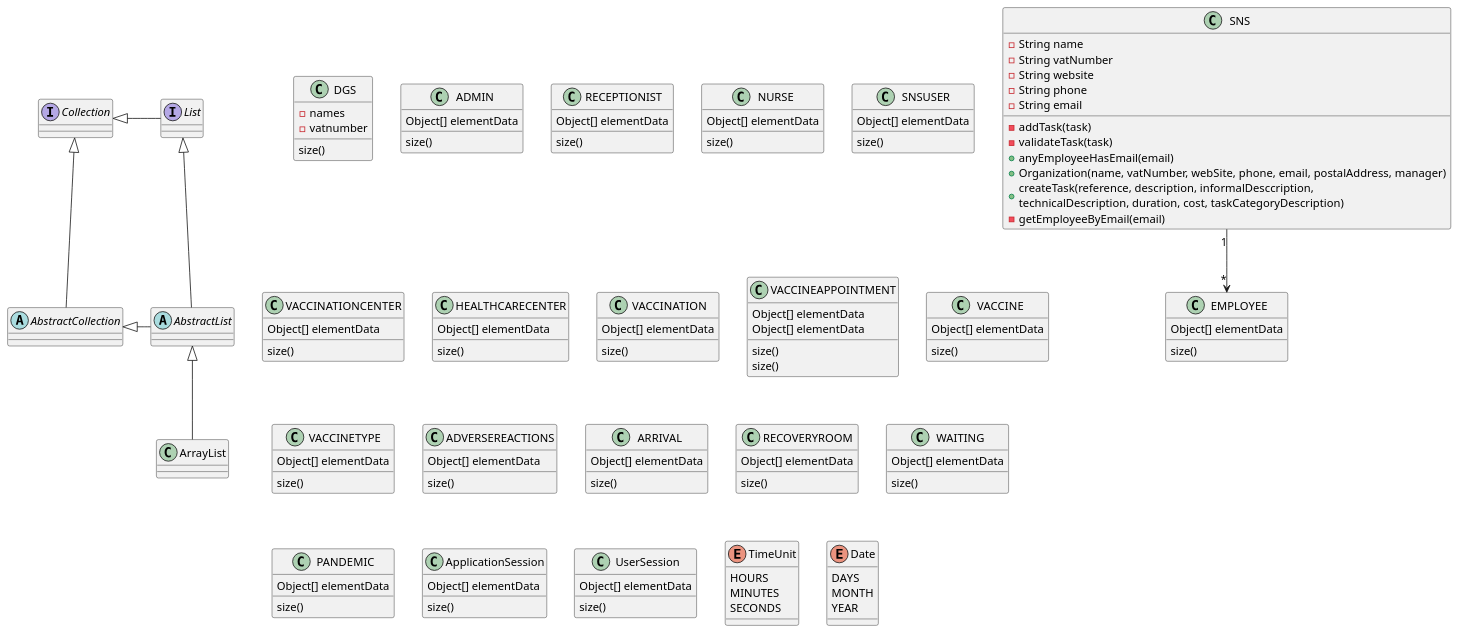
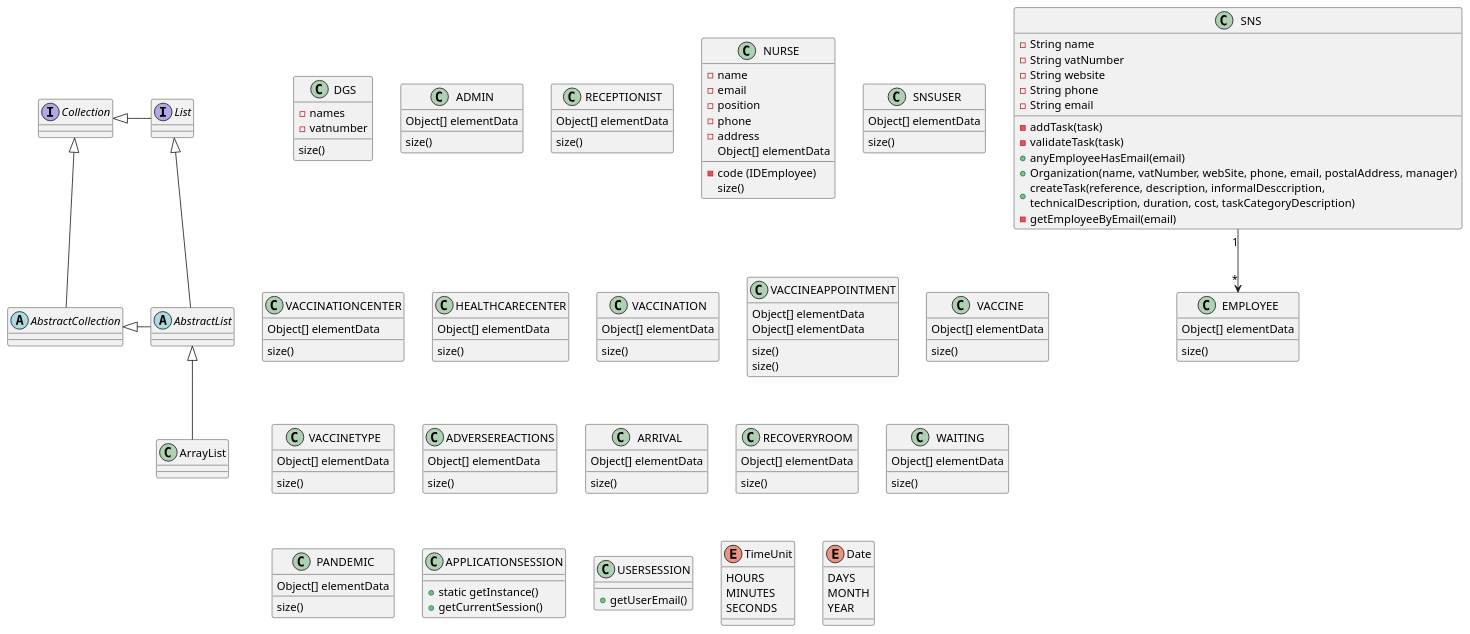
Before and after one commit to veracunha12/BaseDadosDomain: the diagram in src/main/puml/DomainBase/dados.puml, drawn with PlantUML.

```diff
--- a/src/main/puml/DomainBase/dados.puml
+++ b/src/main/puml/DomainBase/dados.puml
@@ -1,132 +1,139 @@
 @startuml
 'https://plantuml.com/class-diagram
 
 abstract class AbstractList
 abstract AbstractCollection
 interface List
 interface Collection
 
 List <|-- AbstractList
 Collection <|-- AbstractCollection
 
 Collection <|- List
 AbstractCollection <|- AbstractList
 AbstractList <|-- ArrayList
 
 SNS "1" --> "*" EMPLOYEE
 
 
 
 
 
 
 class DGS {
     - names
     -vatnumber
      size()
 }
 
 class SNS {
   - String name
     - String vatNumber
     - String website
     - String phone
     - String email
 
     - addTask(task)
     - validateTask(task)
     + anyEmployeeHasEmail(email)
     + Organization(name, vatNumber, webSite, phone, email, postalAddress, manager)
     + createTask(reference, description, informalDesccription,\ntechnicalDescription, duration, cost, taskCategoryDescription)
     - getEmployeeByEmail(email)
 
 }
 class EMPLOYEE {
 Object[] elementData
 size()
 }
 class ADMIN {
 Object[] elementData
 size()
 }
 class RECEPTIONIST {
 Object[] elementData
 size()
 }
 class NURSE {
+   -name
+   - email
+   - position
+   - phone
+   -address
+   - code (IDEmployee)
 Object[] elementData
 size()
 }
 class SNSUSER {
 Object[] elementData
 size()
 }
 class VACCINATIONCENTER {
 Object[] elementData
 size()
 }
 class HEALTHCARECENTER {
 Object[] elementData
 size()
 }
 class VACCINATION {
 Object[] elementData
 size()
 }
 class VACCINEAPPOINTMENT {
 Object[] elementData
 size()
 }
 class VACCINE {
 Object[] elementData
 size()
 }
 class VACCINETYPE{
 Object[] elementData
 size()
 }
 class VACCINEAPPOINTMENT {
 Object[] elementData
 size()
 }
 class ADVERSEREACTIONS {
 Object[] elementData
 size()
 }
 class ARRIVAL{
 Object[] elementData
 size()
 }
 class RECOVERYROOM{
 Object[] elementData
 size()
 }
 class WAITING {
 Object[] elementData
 size()
 }
 class PANDEMIC {
 Object[] elementData
 size()
 }
-class ApplicationSession{
-Object[] elementData
-size()
+class APPLICATIONSESSION{
+    + static getInstance()
+    + getCurrentSession()
+
 }
-class UserSession {
-Object[] elementData
-size()
+class USERSESSION {
++ getUserEmail()
+
 }
 enum TimeUnit {
 HOURS
 MINUTES
 SECONDS
 }
 
 enum Date {
 DAYS
 MONTH
 YEAR
 }
 
 @enduml
```
